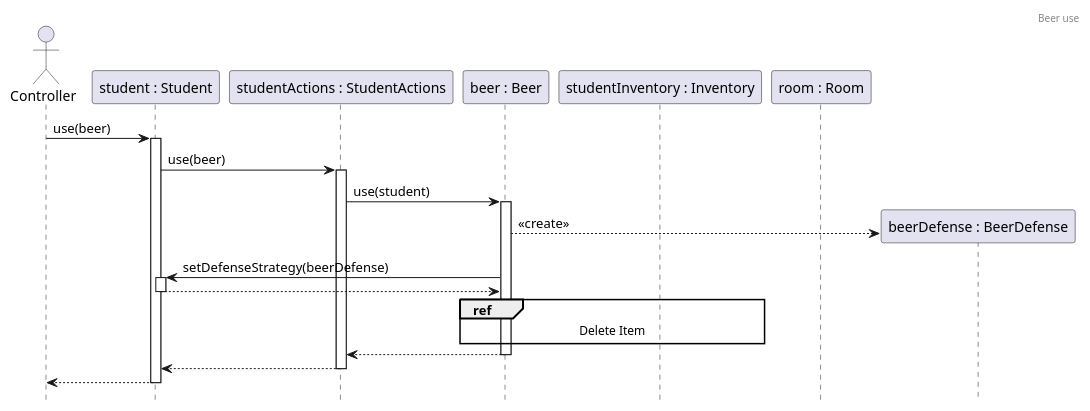
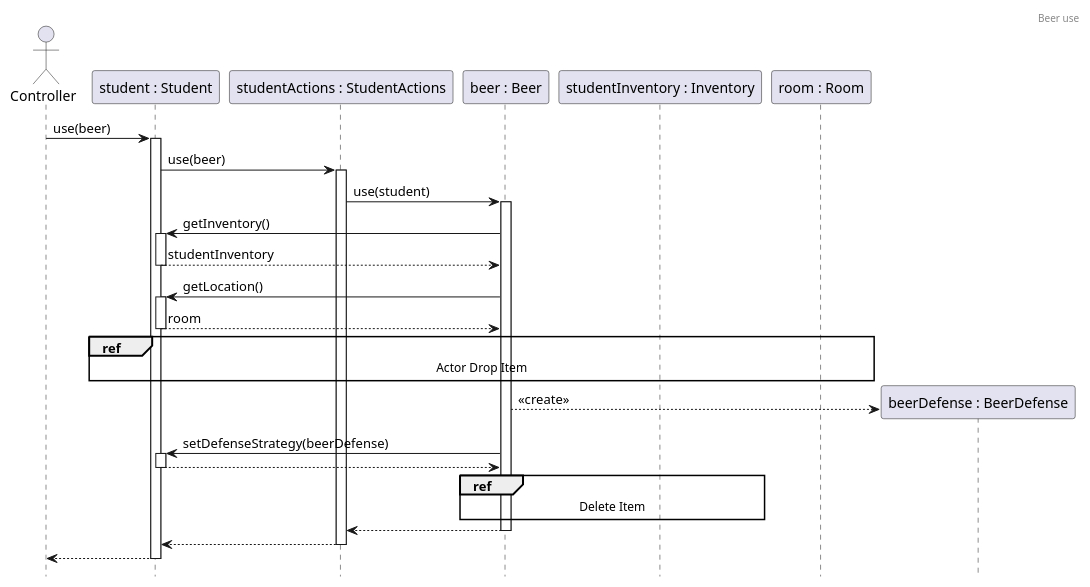
One commit to Kristof-me/Logarlec changed the diagram in docs/sequence/items/BeerUse.puml. Above: the diagram before and after it, drawn with PlantUML.

Commit message:
Readded random item drop

```diff
--- a/docs/sequence/items/BeerUse.puml
+++ b/docs/sequence/items/BeerUse.puml
@@ -1,27 +1,33 @@
 @startuml BeerUse
 header Beer use
 hide footbox
 
 actor controller as "Controller"
 participant student as "student : Student"
 participant actionState as "studentActions : StudentActions"
 participant beer as "beer : Beer"
 participant studentInventory as "studentInventory : Inventory"
 participant room as "room : Room"
 
 controller -> student ++ : use(beer)
 student -> actionState ++ : use(beer)
 actionState -> beer ++ : use(student)
 
+beer -> student ++ : getInventory()
+return studentInventory
+beer -> student ++ : getLocation()
+return room
+ref over student, beer, studentInventory, room : Actor Drop Item
+
 create beerDefense as "beerDefense : BeerDefense"
 beer --> beerDefense : <<create>>
 beer -> student ++ : setDefenseStrategy(beerDefense)
 return 
 
 ref over beer, studentInventory : Delete Item
 return 
 
 return
 return
 
 @enduml
```
